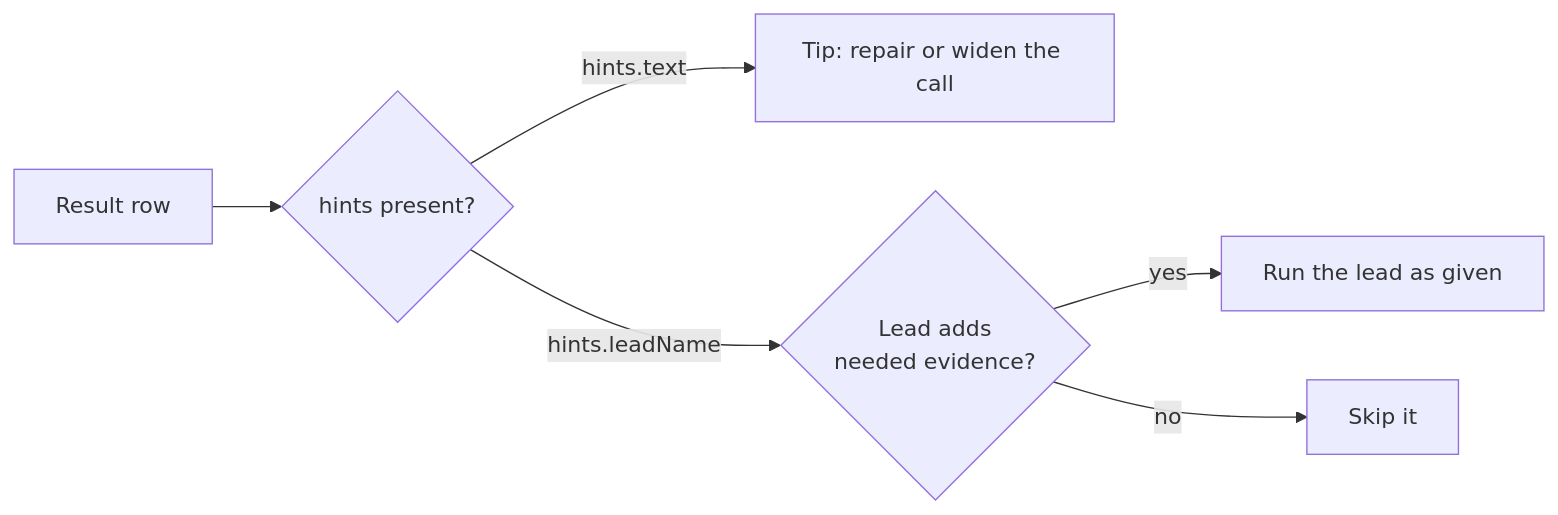
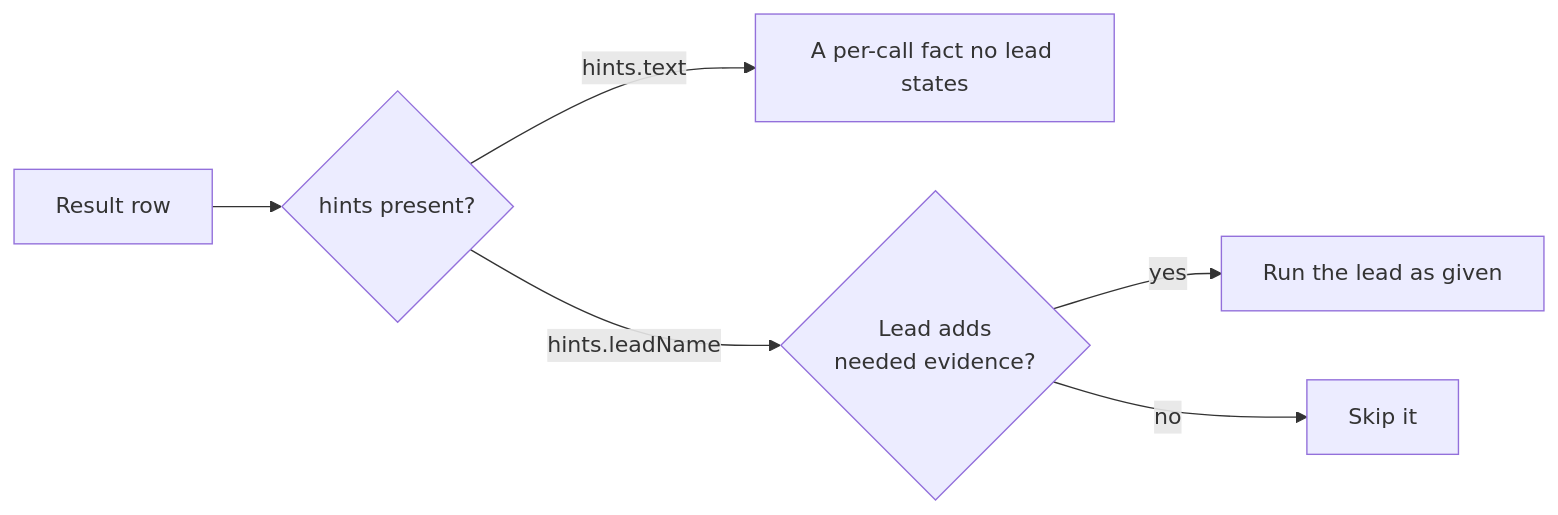
One commit to bgauryy/octocode-mcp changed the seventh of 9 diagrams in docs/OCTOCODE_WORKFLOWS.md. Above: the diagram before and after it, drawn with Mermaid. The commit also changed other lines of this file and 698 other files, not shown here.

````diff
--- a/docs/OCTOCODE_WORKFLOWS.md
+++ b/docs/OCTOCODE_WORKFLOWS.md
@@ -218,8 +219,8 @@
 ```mermaid
 flowchart LR
   R[Result row] --> H{hints present?}
-  H -- "hints.text" --> T[Tip: repair or widen the call]
+  H -- "hints.text" --> T[A per-call fact no lead states]
   H -- "hints.leadName" --> L{Lead adds<br/>needed evidence?}
   L -- yes --> RUN[Run the lead as given]
   L -- no --> S[Skip it]
 ```
````
